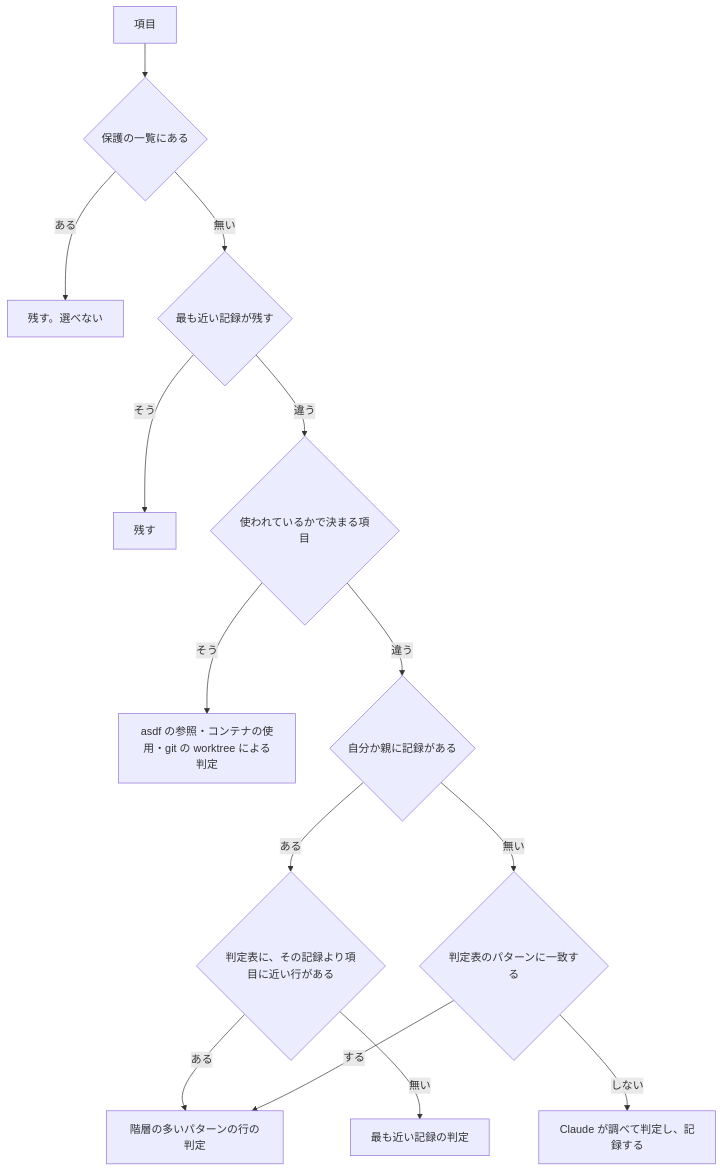
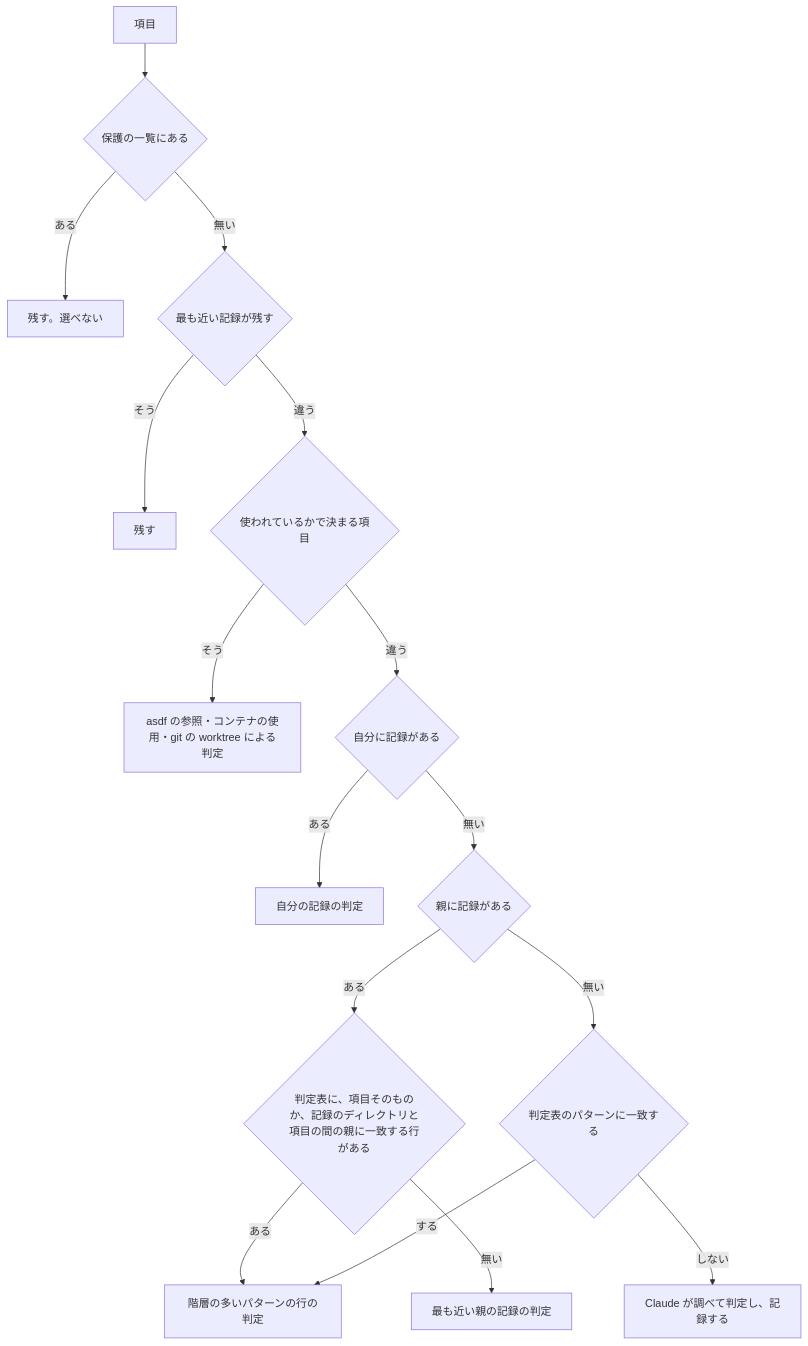
Before and after one commit to akm/claude-plugins: the second of 2 diagrams in docs/plans/2026-11-22-1630-feat-disk-usage-triage-plan.md, drawn with Mermaid. The commit also changed other lines of this file, not shown here.

Commit message:
📝 docs(disk-usage-triage): 計画の判定表の行を優先する条件を、比べる相手が分かる文と図に直す (#310)
判定表の行を優先する条件を「その記録より項目に近い行」と書いていて、何と比べるかが読み取れず、判定の順の図ではその条件を自分の記録にも当てていた。
R13 の条件を、項目そのものか記録のディレクトリと項目の間の親に一致する行と書き、R19 の言い直しを R13 への参照に置き換える。図の分岐を自分の記録と親の記録に分け、条件を親の記録にだけ当てる。あわせて KTD9 の句点の後の半角の空白を消す。

Rules-Checked: yes
Entire-Checkpoint: 01M81N4PNJTRFZBJFX6HN91A03

````diff
--- a/docs/plans/2026-11-22-1630-feat-disk-usage-triage-plan.md
+++ b/docs/plans/2026-11-22-1630-feat-disk-usage-triage-plan.md
@@ -317,16 +317,18 @@
 ```mermaid
 flowchart TB
   A[項目] --> B{保護の一覧にある}
   B -- ある --> B1[残す。選べない]
   B -- 無い --> C{最も近い記録が残す}
   C -- そう --> C1[残す]
   C -- 違う --> U{使われているかで決まる項目}
   U -- そう --> U1[asdf の参照・コンテナの使用・git の worktree による判定]
-  U -- 違う --> R{自分か親に記録がある}
-  R -- ある --> T{判定表に、その記録より項目に近い行がある}
+  U -- 違う --> S{自分に記録がある}
+  S -- ある --> S1[自分の記録の判定]
+  S -- 無い --> R{親に記録がある}
+  R -- ある --> T{判定表に、項目そのものか、記録のディレクトリと項目の間の親に一致する行がある}
   T -- ある --> D1
-  T -- 無い --> R1[最も近い記録の判定]
+  T -- 無い --> R1[最も近い親の記録の判定]
   R -- 無い --> D{判定表のパターンに一致する}
   D -- する --> D1[階層の多いパターンの行の判定]
   D -- しない --> E[Claude が調べて判定し、記録する]
 ```
````
